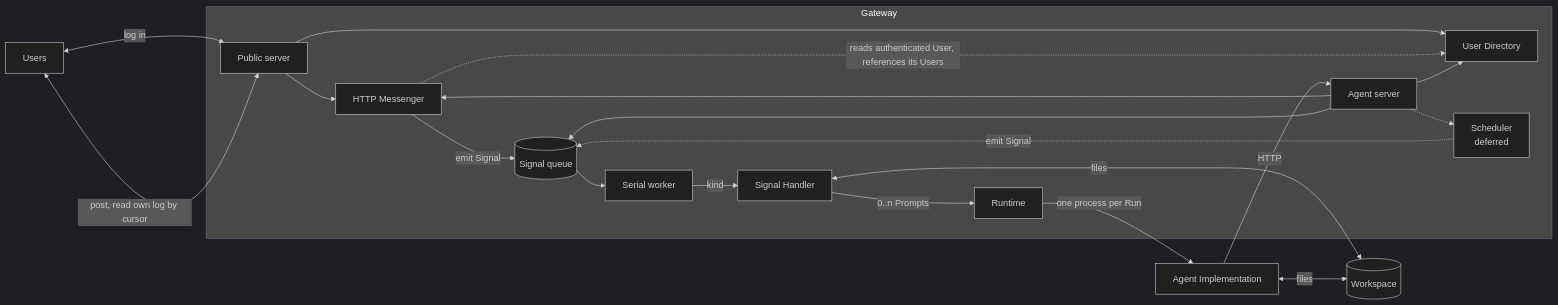
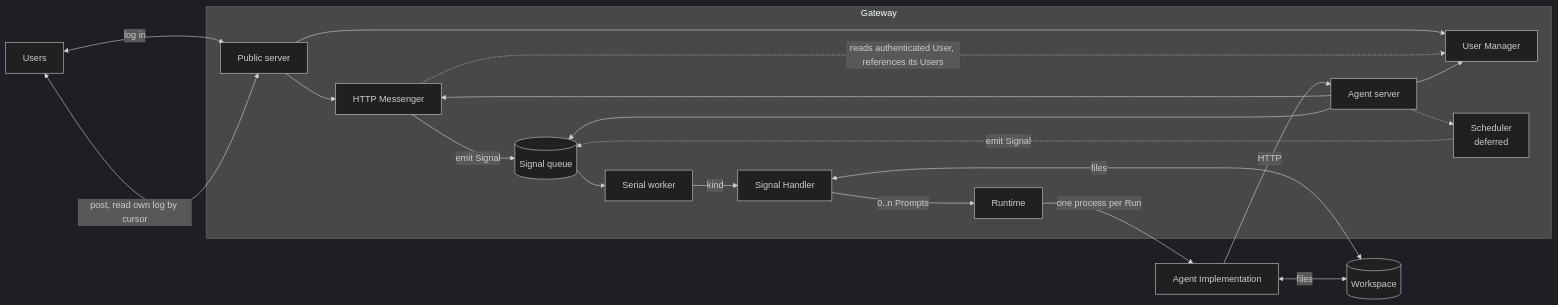
One commit to shutter-network/concorde changed the diagram in docs/architecture.md. Above: the diagram before and after it, drawn with Mermaid (dark theme). The commit also changed other lines of this file and 41 other files, not shown here.

````diff
--- a/docs/architecture.md
+++ b/docs/architecture.md
@@ -21,24 +21,24 @@
 ```mermaid
 flowchart LR
     U[Users] <-->|log in| P[Public server]
     U <-->|post, read own log by cursor| P
     subgraph GW[Gateway]
-      P --> UD[User Directory]
+      P --> UM[User Manager]
       P --> M[HTTP Messenger]
-      M -.->|reads authenticated User, references its Users| UD
+      M -.->|reads authenticated User, references its Users| UM
       M -->|emit Signal| Q[(Signal queue)]
       S[Scheduler<br/>deferred] -.->|emit Signal| Q
       Q --> W[Serial worker]
       W -->|kind| H[Signal Handler]
       H -->|0..n Prompts| RA[Runtime]
       AS[Agent server]
       AS --> M
-      AS --> UD
+      AS --> UM
       AS -.-> S
       AS --> Q
     end
     RA -->|one process per Run| AR[Agent Implementation]
     AR -->|HTTP| AS
     H <-->|files| WS[(Workspace)]
     AR <-->|files| WS
 ```
````
